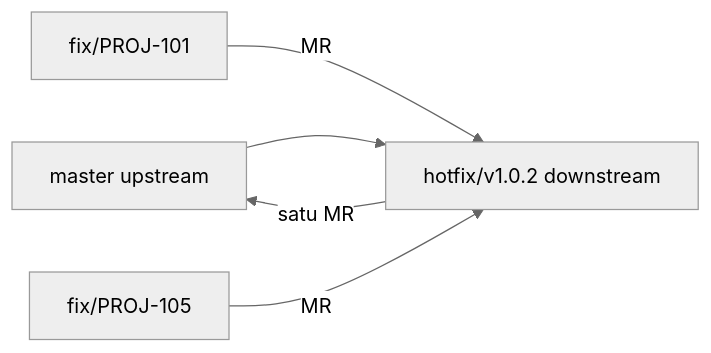
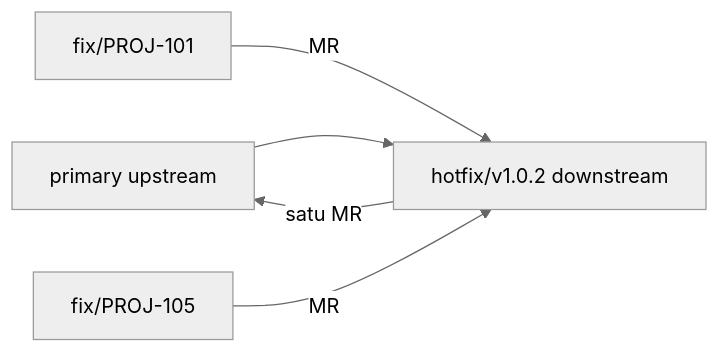
The diagram in skills/_shared/build-release.md (roiskhoiron/agent-workflow), drawn with Mermaid (neutral theme) before and after one commit. The commit also changed other lines of this file and 6 other files, not shown here.

Commit message:
Branch primary/protected per project dari memory; hotfix dari primary, feature dari protected

````diff
--- a/skills/_shared/build-release.md
+++ b/skills/_shared/build-release.md
@@ -64,7 +64,7 @@
 ```mermaid
 flowchart LR
-  M[master upstream] --> H[hotfix/v1.0.2 downstream]
+  M[primary upstream] --> H[hotfix/v1.0.2 downstream]
   F1[fix/PROJ-101] -->|MR| H
   F2[fix/PROJ-105] -->|MR| H
   H -->|satu MR| M
 ```
````
